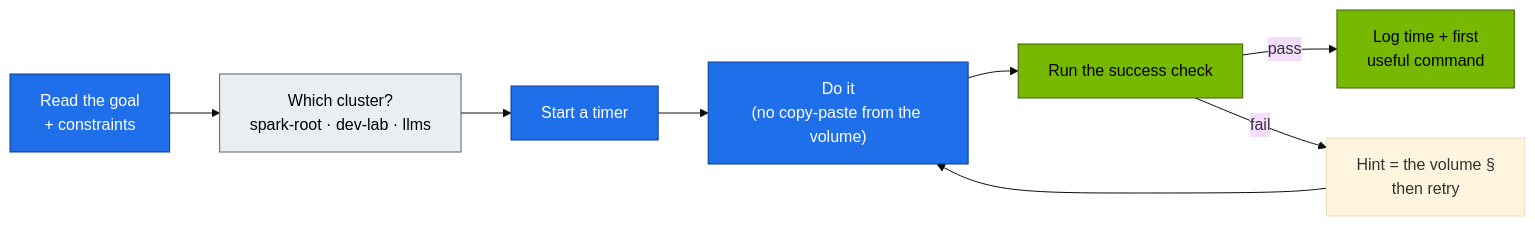
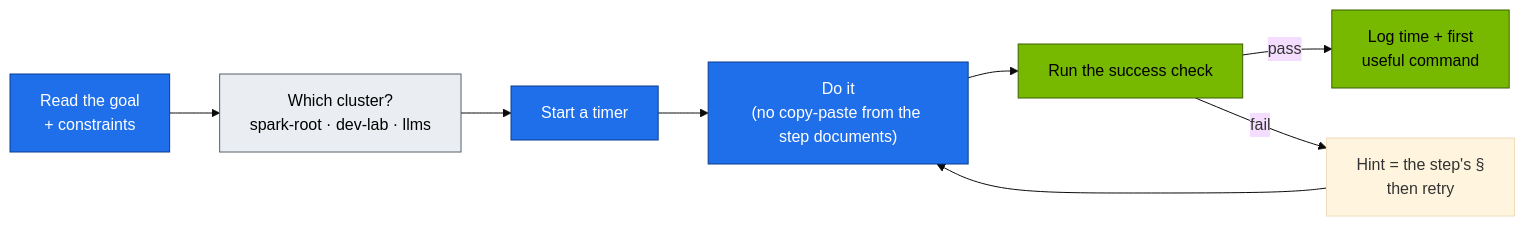
One commit to cloudone365/technical-depth changed the diagram in 02-Kubernetes/27-hands-on-practice-exercises-workbook.md. Above: the diagram before and after it, drawn with Mermaid (base theme). The commit also changed other lines of this file and 7 other files, not shown here.

First line of the commit message:
01/02: last 'volume' leftovers become 'step'

````diff
--- a/02-Kubernetes/27-hands-on-practice-exercises-workbook.md
+++ b/02-Kubernetes/27-hands-on-practice-exercises-workbook.md
@@ -18,12 +18,12 @@
 ```mermaid
 flowchart LR
-  R["Read the goal<br/>+ constraints"] --> W["Which cluster?<br/>spark-root · dev-lab · llms"] --> T["Start a timer"] --> D["Do it<br/>(no copy-paste from the volume)"] --> C["Run the success check"]
+  R["Read the goal<br/>+ constraints"] --> W["Which cluster?<br/>spark-root · dev-lab · llms"] --> T["Start a timer"] --> D["Do it<br/>(no copy-paste from the step documents)"] --> C["Run the success check"]
   C -->|pass| L["Log time + first<br/>useful command"]
-  C -->|fail| H["Hint = the volume §<br/>then retry"] --> D
+  C -->|fail| H["Hint = the step's §<br/>then retry"] --> D
   classDef ctrl fill:#1f6feb,stroke:#0b3d91,color:#fff
   classDef gpu fill:#76b900,stroke:#3d6000,color:#000
   classDef tenant fill:#eaeef2,stroke:#57606a,color:#000
   class R,T,D ctrl
   class W tenant
   class C,L gpu
 ```
````
